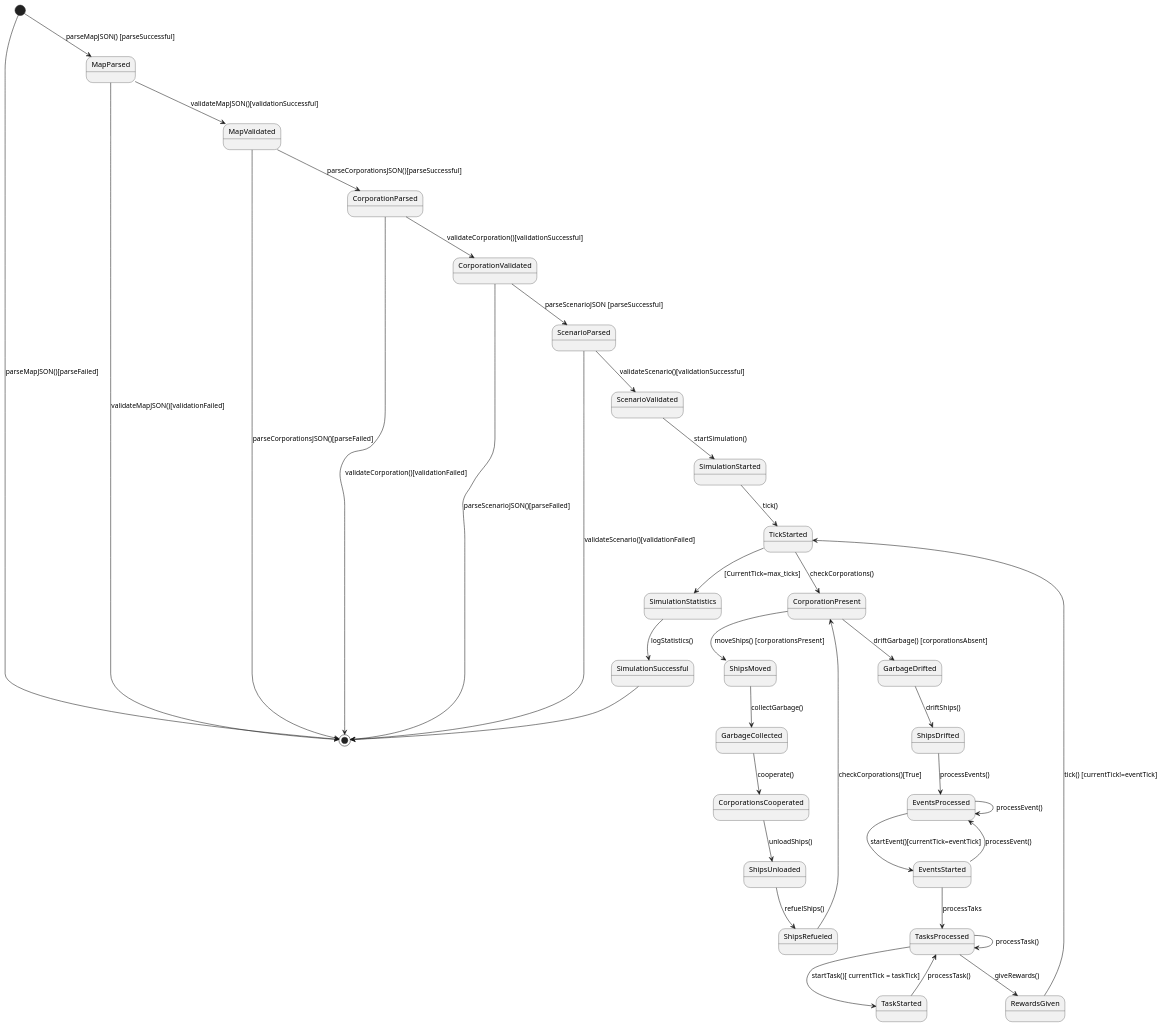
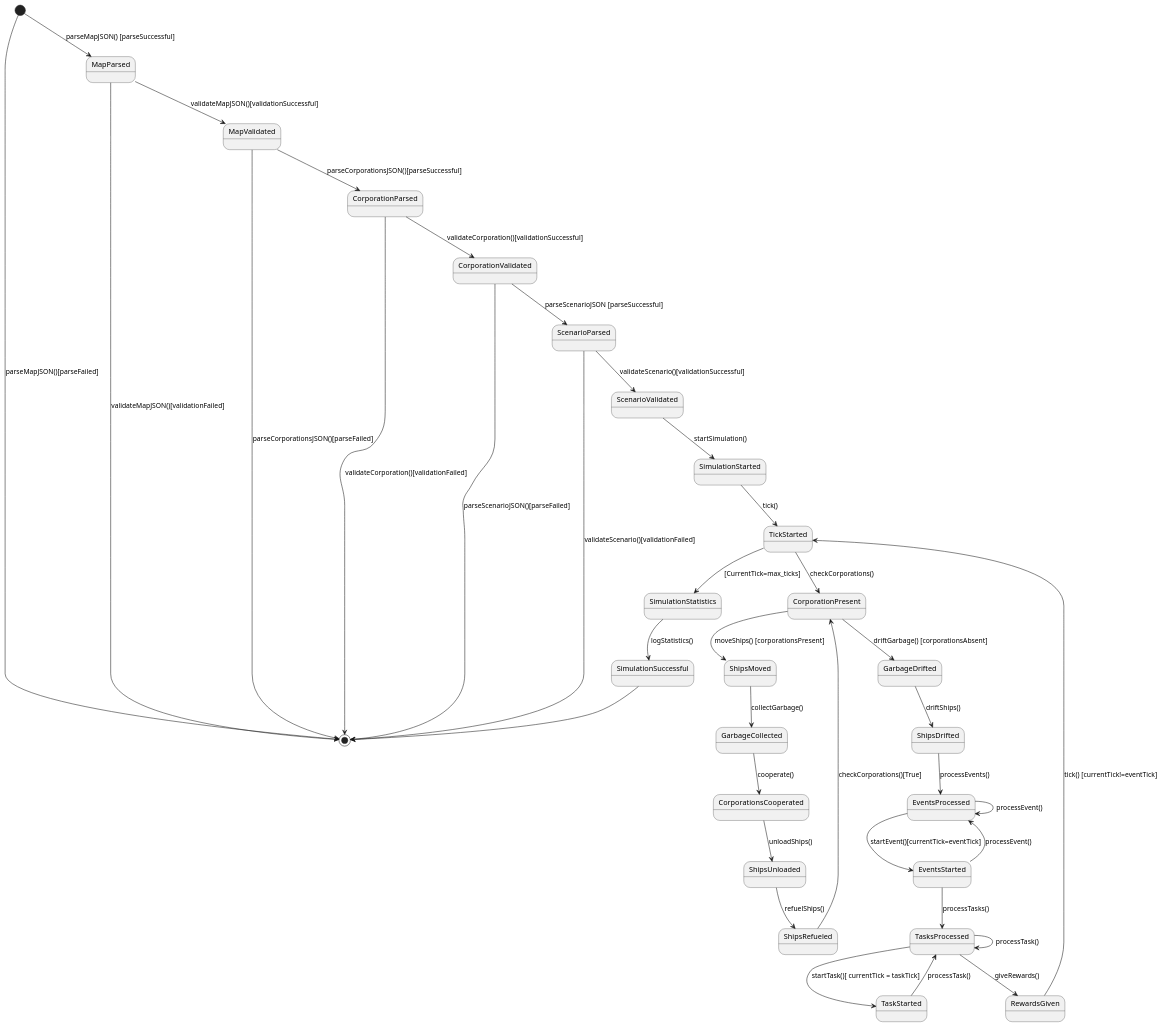
One commit to Atharvakore/Save-The-Saardines changed the diagram in StateDiagram.puml. Above: the diagram before and after it, drawn with PlantUML.

Commit message:
minor fix

```diff
--- a/StateDiagram.puml
+++ b/StateDiagram.puml
@@ -1,48 +1,48 @@
 @startuml
 [*] --> MapParsed: parseMapJSON() [parseSuccessful]
 MapParsed --> MapValidated: validateMapJSON()[validationSuccessful]
 MapParsed --> [*] : validateMapJSON()[validationFailed]
 [*] --> [*] : parseMapJSON()[parseFailed]
 
 MapValidated --> CorporationParsed : parseCorporationsJSON()[parseSuccessful]
 MapValidated --> [*] : parseCorporationsJSON()[parseFailed]
 CorporationParsed -->CorporationValidated : validateCorporation()[validationSuccessful]
 CorporationParsed -->[*] : validateCorporation()[validationFailed]
 CorporationValidated --> ScenarioParsed : parseScenarioJSON [parseSuccessful]
 ScenarioParsed --> ScenarioValidated : validateScenario()[validationSuccessful]
 ScenarioParsed --> [*] : validateScenario()[validationFailed]
 CorporationValidated --> [*] : parseScenarioJSON()[parseFailed]
 
 ScenarioValidated--> SimulationStarted : startSimulation()
 
 SimulationStarted --> TickStarted : tick()
 
 TickStarted --> CorporationPresent : checkCorporations()
 CorporationPresent --> ShipsMoved : moveShips() [corporationsPresent]
 ShipsMoved --> GarbageCollected : collectGarbage()
 GarbageCollected --> CorporationsCooperated : cooperate()
 CorporationsCooperated --> ShipsUnloaded : unloadShips()
 ShipsUnloaded --> ShipsRefueled : refuelShips()
 ShipsRefueled --> CorporationPresent : checkCorporations()[True]
 CorporationPresent --> GarbageDrifted : driftGarbage() [corporationsAbsent]
 GarbageDrifted --> ShipsDrifted : driftShips()
 ShipsDrifted --> EventsProcessed : processEvents()
 
 
 
 EventsProcessed --> EventsStarted: startEvent()[currentTick=eventTick]
 EventsStarted --> EventsProcessed : processEvent()
 EventsProcessed --> EventsProcessed : processEvent()
-EventsStarted --> TasksProcessed : processTaks
+EventsStarted --> TasksProcessed : processTasks()
 TasksProcessed --> TasksProcessed : processTask()
 TasksProcessed --> TaskStarted : startTask()[ currentTick = taskTick]
 TaskStarted --> TasksProcessed : processTask()
 TasksProcessed --> RewardsGiven: giveRewards()
 RewardsGiven --> TickStarted : tick() [currentTick!=eventTick]
 
 
 TickStarted --> SimulationStatistics : [CurrentTick=max_ticks]
 SimulationStatistics --> SimulationSuccessful : logStatistics()
 
 SimulationSuccessful --> [*]
 @enduml
```
